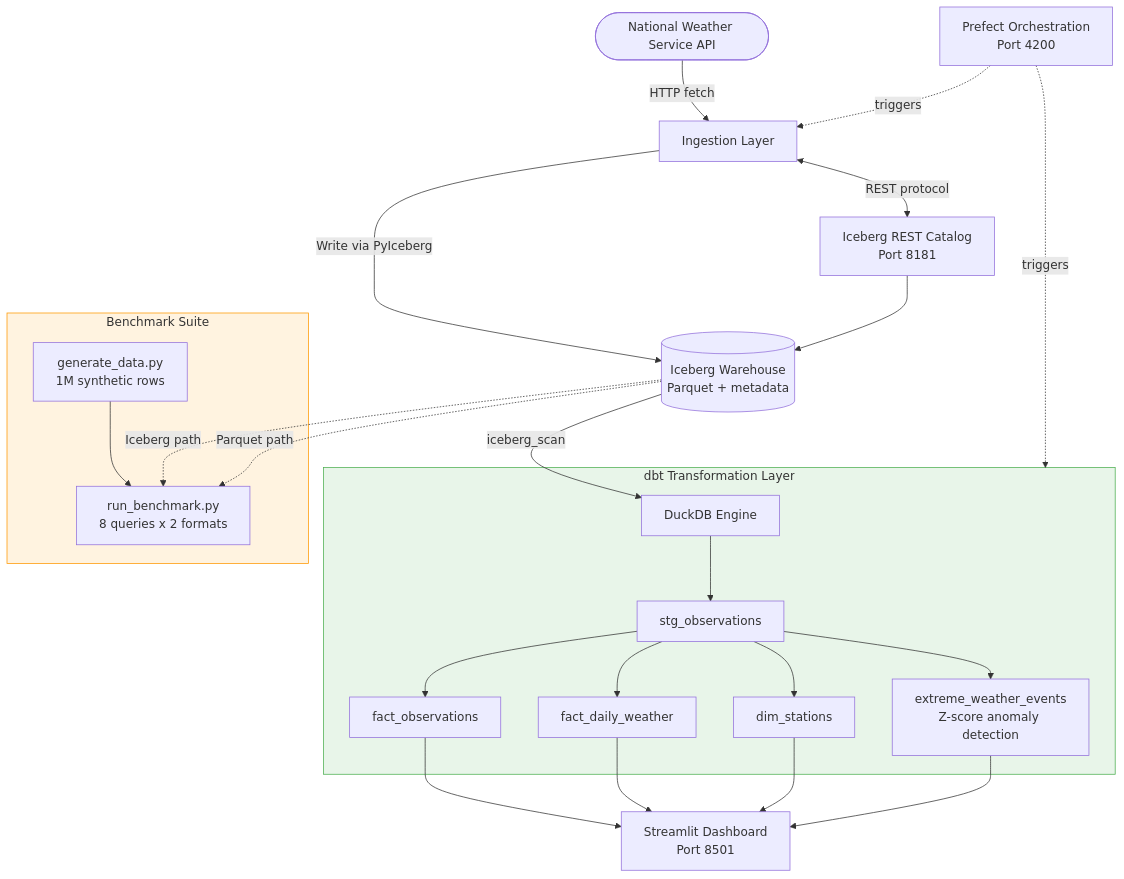
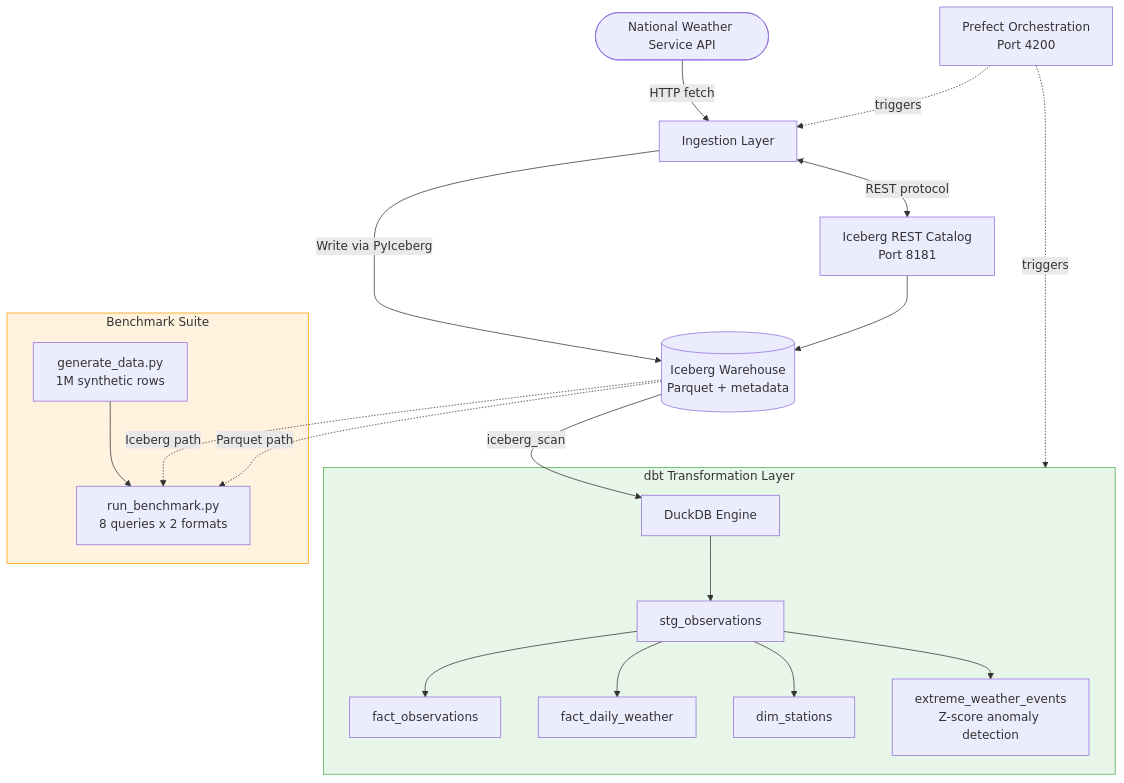
Before and after one commit to data-ai-stockholm/duckdb-dbt: the fourth of 4 diagrams in blog/iceberg-vs-parquet-benchmarks.md, drawn with Mermaid. The commit also changed 4 other files, not shown here.

First line of the commit message:
chore: remove Streamlit — dashboard misrepresented the actual stack

````diff
--- a/blog/iceberg-vs-parquet-benchmarks.md
+++ b/blog/iceberg-vs-parquet-benchmarks.md
@@ -263,33 +263,31 @@
 ```mermaid
 flowchart TD
     A([National Weather Service API]) -->|HTTP fetch| B[Ingestion Layer]
 
     B -->|Write via PyIceberg| C[(Iceberg Warehouse\nParquet + metadata)]
     B <-->|REST protocol| D[Iceberg REST Catalog\nPort 8181]
     D --> C
 
     C -->|iceberg_scan| E[DuckDB Engine]
 
     subgraph dbt ["dbt Transformation Layer"]
         E --> F[stg_observations]
         F --> G[fact_observations]
         F --> H[fact_daily_weather]
         F --> I[dim_stations]
         F --> J[extreme_weather_events\nZ-score anomaly detection]
     end
 
-    G & H & I & J --> K[Streamlit Dashboard\nPort 8501]
-
     L[Prefect Orchestration\nPort 4200] -.->|triggers| B
     L -.->|triggers| dbt
 
     subgraph bench ["Benchmark Suite"]
         M[generate_data.py\n1M synthetic rows] --> N[run_benchmark.py\n8 queries x 2 formats]
     end
 
     C -.->|Iceberg path| N
     C -.->|Parquet path| N
 
     style bench fill:#fff3e0,stroke:#ff9800
     style dbt fill:#e8f5e9,stroke:#4caf50
 ```
````
